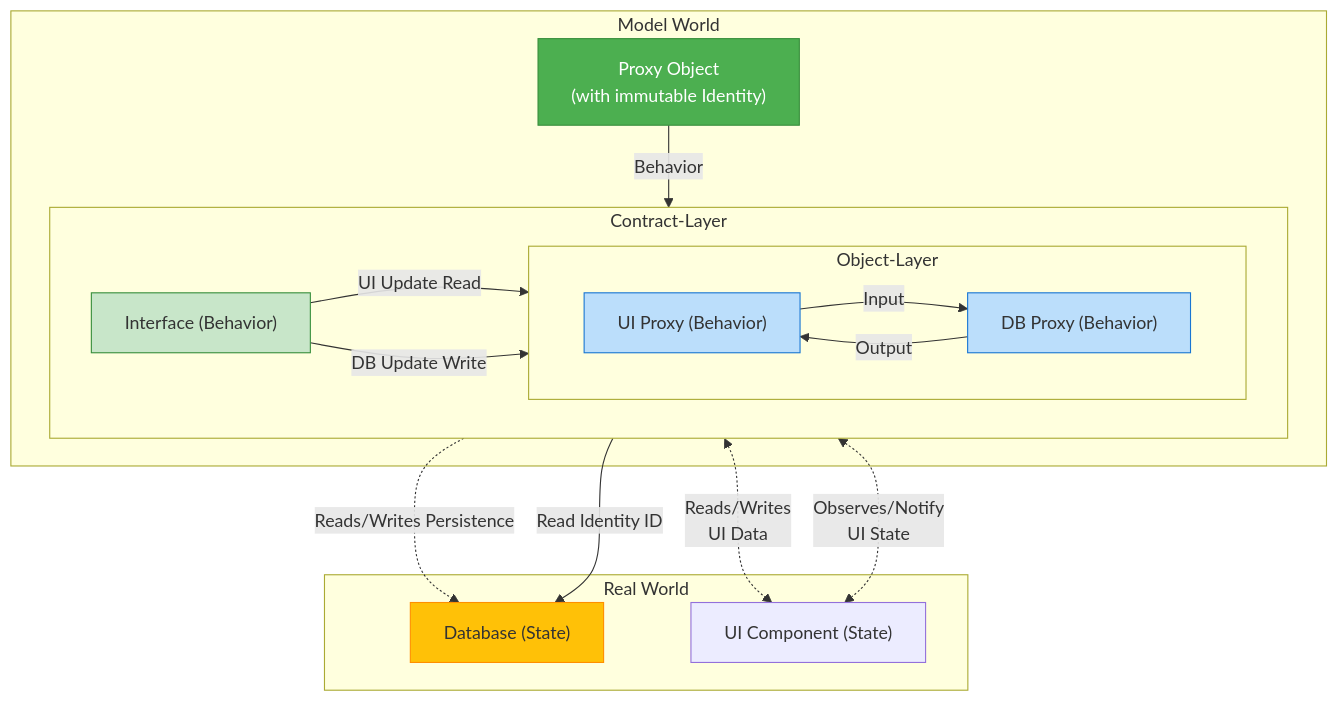
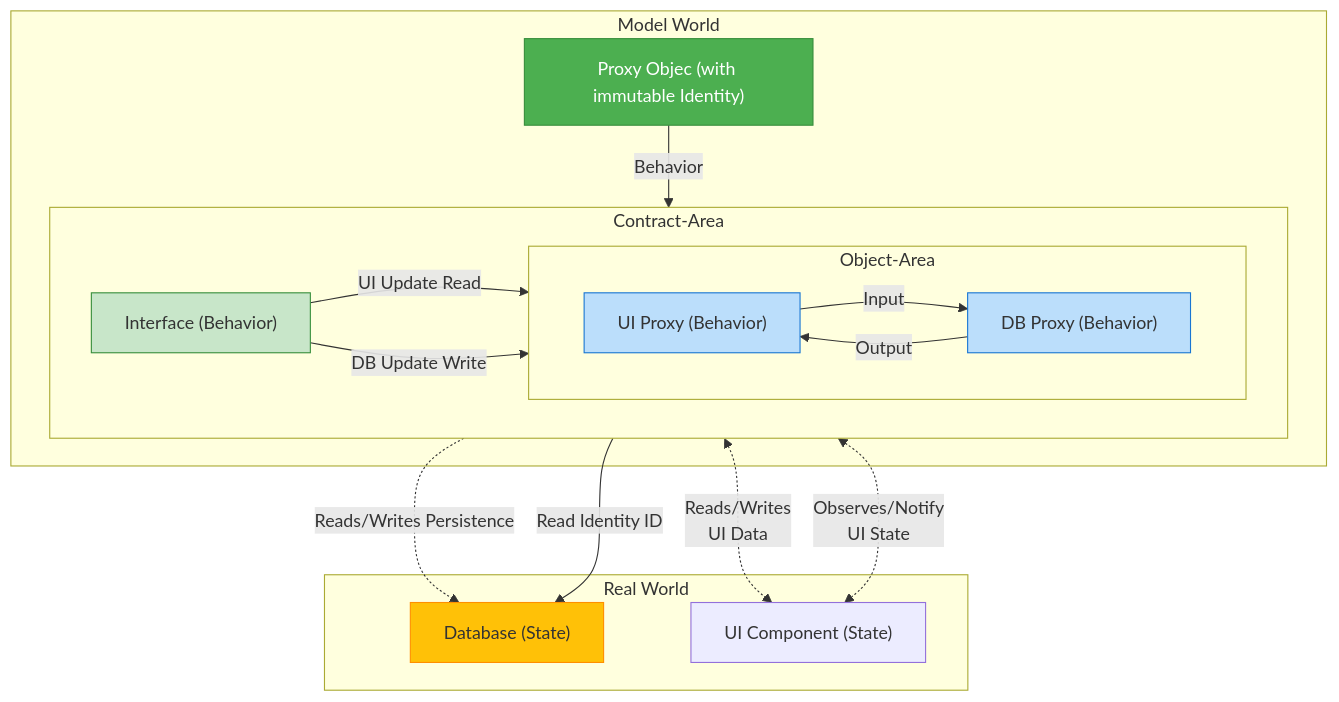
One commit to andreas-wagner-dev/object-oriented-learning-journey changed the diagram in blog/003_object_mechanics.md. Above: the diagram before and after it, drawn with Mermaid. The commit also changed other lines of this file, not shown here.

````diff
--- a/blog/003_object_mechanics.md
+++ b/blog/003_object_mechanics.md
@@ -342,58 +341,56 @@
 ```mermaid
 %% Diagram 3: Simplified Flow of Data Animation and Behavior Delegation
 graph TB
     %% 1. Immutable Domain Object 
     subgraph Model World
 
-        A["Proxy Object<br/>(with immutable Identity)"]
+        A["Proxy Objec (with immutable Identity)"]
         style A fill:#4CAF50,stroke:#388E3C,color:#fff
 
         %% 2. The Contract and Behavior Delegation
-        subgraph Contract-Layer
+        subgraph Contract-Area
         direction LR
             B["Interface (Behavior)"]
             style B fill:#C8E6C9,stroke:#388E3C
         
-            %% 3. Technical Object Layers<br/>(Real World Interface)
-            subgraph Object-Layer
+            %% 3. Technical Object Area (Real World Interface)
+            subgraph Object-Area
              direction LR
                 C["UI Proxy (Behavior)"]
                 D["DB Proxy (Behavior)"]
 
                 style C fill:#BBDEFB,stroke:#1976D2
                 style D fill:#BBDEFB,stroke:#1976D2
             
                 %% Internal interface communication.
             
-   
-
             end
 
         end
 
     end
 
     %% 4. The Real Mutable Data Storage
     subgraph Real World
         F["Database (State)"]
         style F fill:#FFC107,stroke:#FF8F00
 
         C <-.->|Reads/Writes<br/>UI Data| E["UI Component (State)"]
         C <-.->|Observes/Notify<br/>UI State| E
         D -.->|Reads/Writes Persistence| F
     end
     
     %% The Immutable Object holds the key and delegates all work to the interface.
 
 
     A -- Behavior --> B
     D -- Read Identity ID --> F
 
     %% The Interface is implemented by the technical components.
 
     B -- UI Update Read --> C
     B -- DB Update Write --> D
 
    C -- Input --> D
    D -- Output --> C
 ```
````
